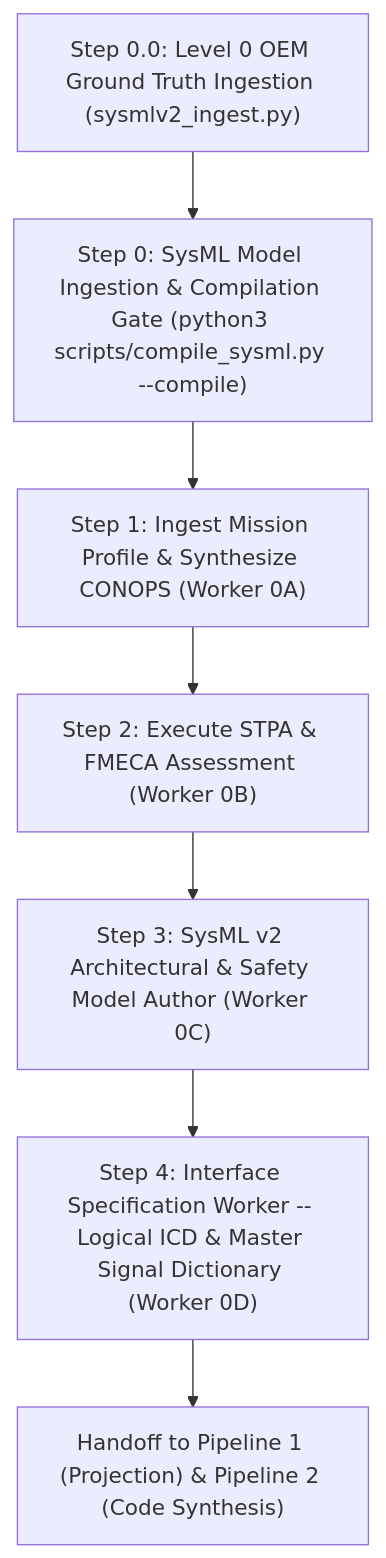
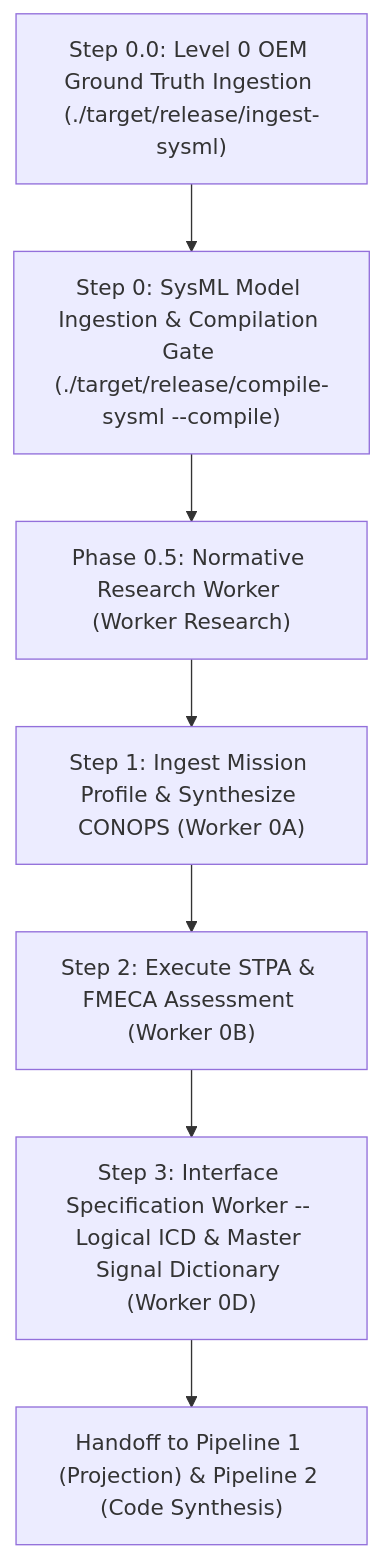
Before and after one commit to gintatkinson/DEAP01-spec-core: the second of 4 diagrams in README.md, drawn with Mermaid. The commit also changed other lines of this file and 5 other files, not shown here.

Commit message:
fix(orchestrator): sequence model compilation before research and conops in pipeline 0 (refs #311)

````diff
--- a/README.md
+++ b/README.md
@@ -563,9 +570,9 @@
 ```mermaid
 flowchart TD
-    Step00["Step 0.0: Level 0 OEM Ground Truth Ingestion (sysmlv2_ingest.py)"] --> Step0["Step 0: SysML Model Ingestion & Compilation Gate (python3 scripts/compile_sysml.py --compile)"]
-    Step0 --> Step1["Step 1: Ingest Mission Profile & Synthesize CONOPS (Worker 0A)"]
+    Step00["Step 0.0: Level 0 OEM Ground Truth Ingestion (./target/release/ingest-sysml)"] --> Step0["Step 0: SysML Model Ingestion & Compilation Gate (./target/release/compile-sysml --compile)"]
+    Step0 --> Step05["Phase 0.5: Normative Research Worker (Worker Research)"]
+    Step05 --> Step1["Step 1: Ingest Mission Profile & Synthesize CONOPS (Worker 0A)"]
     Step1 --> Step2["Step 2: Execute STPA & FMECA Assessment (Worker 0B)"]
-    Step2 --> Step3["Step 3: SysML v2 Architectural & Safety Model Author (Worker 0C)"]
-    Step3 --> Step4["Step 4: Interface Specification Worker -- Logical ICD & Master Signal Dictionary (Worker 0D)"]
-    Step4 --> Downstream["Handoff to Pipeline 1 (Projection) & Pipeline 2 (Code Synthesis)"]
+    Step2 --> Step3["Step 3: Interface Specification Worker -- Logical ICD & Master Signal Dictionary (Worker 0D)"]
+    Step3 --> Downstream["Handoff to Pipeline 1 (Projection) & Pipeline 2 (Code Synthesis)"]
 ```
````
